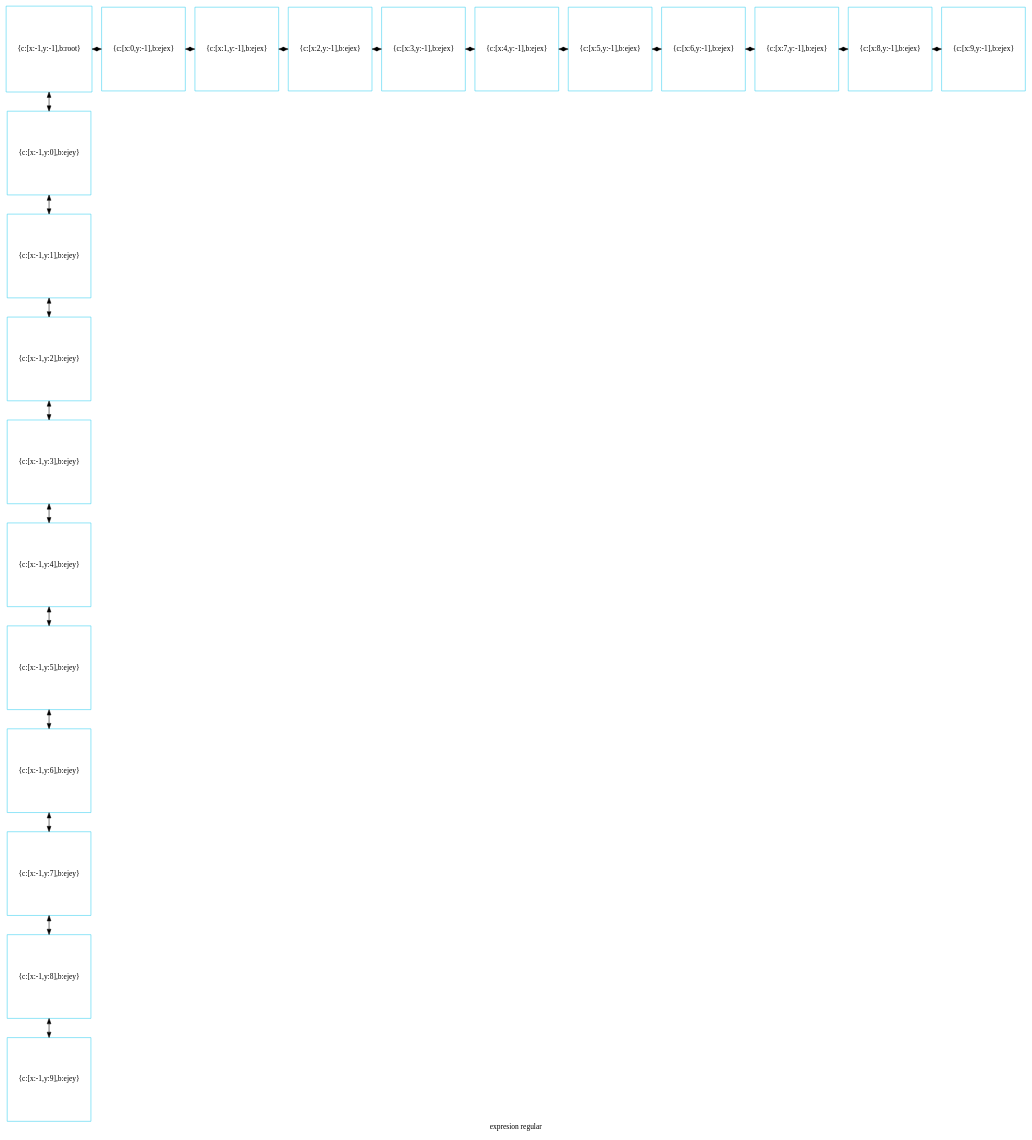
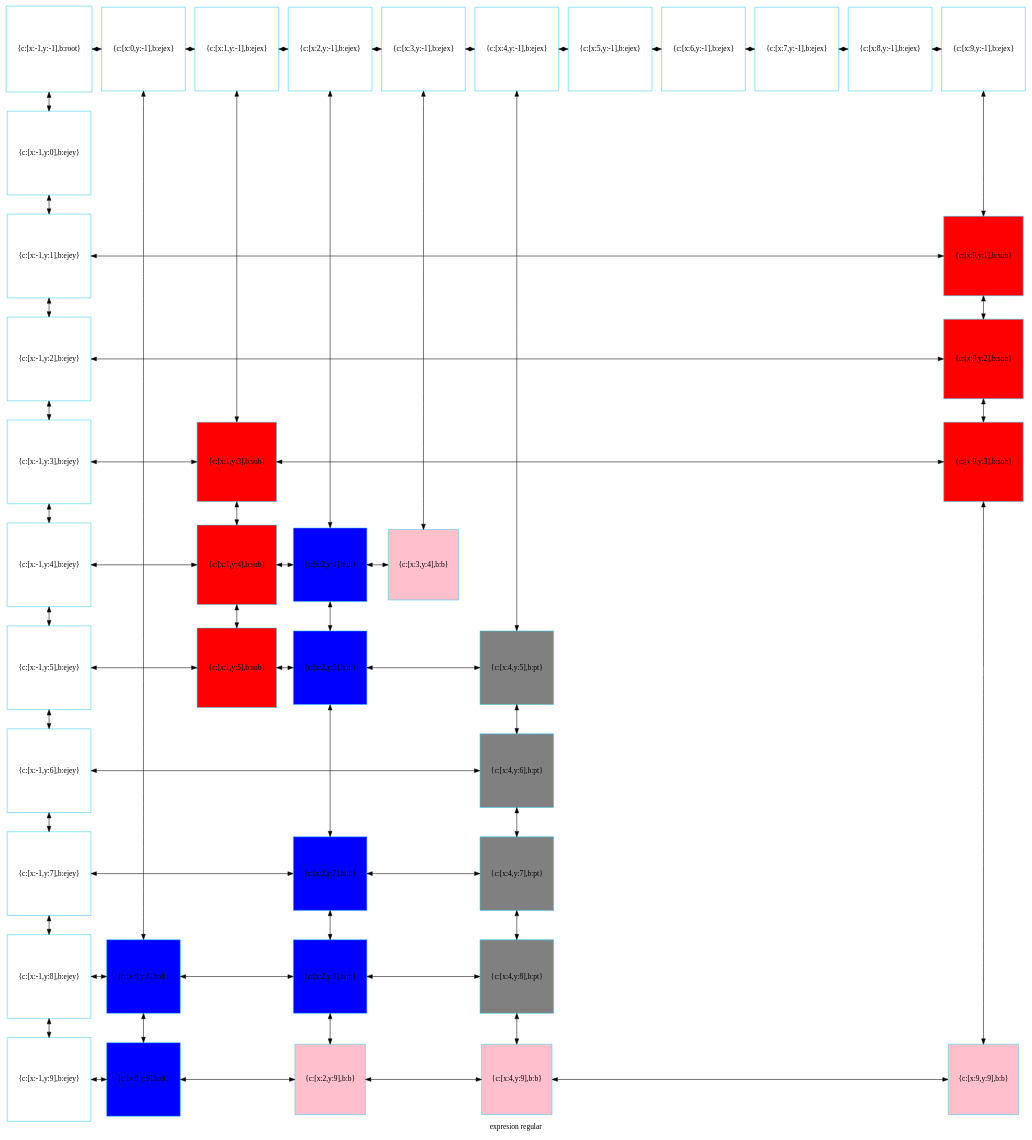
The diagram in mitablero.dot (betebetoven/EDDS2F2), drawn with Graphviz before and after one commit. The commit also changed 27 other files, not shown here.

```diff
--- a/mitablero.dot
+++ b/mitablero.dot
@@ -1,61 +1,121 @@
 digraph G
 {label="expresion regular"
         node[shape = square]
         node[style = filled]
         node[fillcolor = "#EEEEE"]
         node[color = "#EEEEE"]
         node[color = "#31CEF0"]
 
-1654816211536[label="{c:[x:-1,y:-1],b:root}",fillcolor = "white"]
-1654816211680[label="{c:[x:0,y:-1],b:ejex}",fillcolor = "white"]
-1654816211824[label="{c:[x:1,y:-1],b:ejex}",fillcolor = "white"]
-1654816211968[label="{c:[x:2,y:-1],b:ejex}",fillcolor = "white"]
-1654816212112[label="{c:[x:3,y:-1],b:ejex}",fillcolor = "white"]
-1654816212256[label="{c:[x:4,y:-1],b:ejex}",fillcolor = "white"]
-1654816212400[label="{c:[x:5,y:-1],b:ejex}",fillcolor = "white"]
-1654816212544[label="{c:[x:6,y:-1],b:ejex}",fillcolor = "white"]
-1654816212688[label="{c:[x:7,y:-1],b:ejex}",fillcolor = "white"]
-1654816212832[label="{c:[x:8,y:-1],b:ejex}",fillcolor = "white"]
-1654816212976[label="{c:[x:9,y:-1],b:ejex}",fillcolor = "white"]
-1654816213120[label="{c:[x:-1,y:0],b:ejey}",fillcolor = "white"]
-1654816213264[label="{c:[x:-1,y:1],b:ejey}",fillcolor = "white"]
-1654816213408[label="{c:[x:-1,y:2],b:ejey}",fillcolor = "white"]
-1654816213552[label="{c:[x:-1,y:3],b:ejey}",fillcolor = "white"]
-1654816213696[label="{c:[x:-1,y:4],b:ejey}",fillcolor = "white"]
-1654816213840[label="{c:[x:-1,y:5],b:ejey}",fillcolor = "white"]
-1654816213984[label="{c:[x:-1,y:6],b:ejey}",fillcolor = "white"]
-1654816214128[label="{c:[x:-1,y:7],b:ejey}",fillcolor = "white"]
-1654816214272[label="{c:[x:-1,y:8],b:ejey}",fillcolor = "white"]
-1654816214416[label="{c:[x:-1,y:9],b:ejey}",fillcolor = "white"]
-1654816211536->1654816213120[dir = both];
-1654816213120->1654816213264[dir = both];
-1654816213264->1654816213408[dir = both];
-1654816213408->1654816213552[dir = both];
-1654816213552->1654816213696[dir = both];
-1654816213696->1654816213840[dir = both];
-1654816213840->1654816213984[dir = both];
-1654816213984->1654816214128[dir = both];
-1654816214128->1654816214272[dir = both];
-1654816214272->1654816214416[dir = both];
-1654816211536->1654816211680[dir = both];
-1654816211680->1654816211824[dir = both];
-1654816211824->1654816211968[dir = both];
-1654816211968->1654816212112[dir = both];
-1654816212112->1654816212256[dir = both];
-1654816212256->1654816212400[dir = both];
-1654816212400->1654816212544[dir = both];
-1654816212544->1654816212688[dir = both];
-1654816212688->1654816212832[dir = both];
-1654816212832->1654816212976[dir = both];
- {rank=same; 1654816211536;1654816211680;1654816211824;1654816211968;1654816212112;1654816212256;1654816212400;1654816212544;1654816212688;1654816212832;1654816212976;}
- {rank=same; 1654816213120;}
- {rank=same; 1654816213264;}
- {rank=same; 1654816213408;}
- {rank=same; 1654816213552;}
- {rank=same; 1654816213696;}
- {rank=same; 1654816213840;}
- {rank=same; 1654816213984;}
- {rank=same; 1654816214128;}
- {rank=same; 1654816214272;}
- {rank=same; 1654816214416;}
+2268186046672[label="{c:[x:-1,y:-1],b:root}",fillcolor = "white"]
+2268186046816[label="{c:[x:0,y:-1],b:ejex}",fillcolor = "white"]
+2268186046960[label="{c:[x:1,y:-1],b:ejex}",fillcolor = "white"]
+2268186047104[label="{c:[x:2,y:-1],b:ejex}",fillcolor = "white"]
+2268186047248[label="{c:[x:3,y:-1],b:ejex}",fillcolor = "white"]
+2268186047392[label="{c:[x:4,y:-1],b:ejex}",fillcolor = "white"]
+2268186047536[label="{c:[x:5,y:-1],b:ejex}",fillcolor = "white"]
+2268186047680[label="{c:[x:6,y:-1],b:ejex}",fillcolor = "white"]
+2268186047824[label="{c:[x:7,y:-1],b:ejex}",fillcolor = "white"]
+2268186047968[label="{c:[x:8,y:-1],b:ejex}",fillcolor = "white"]
+2268186048112[label="{c:[x:9,y:-1],b:ejex}",fillcolor = "white"]
+2268186048256[label="{c:[x:-1,y:0],b:ejey}",fillcolor = "white"]
+2268186048400[label="{c:[x:-1,y:1],b:ejey}",fillcolor = "white"]
+2268186067632[label="{c:[x:9,y:1],b:sub}",fillcolor = "red"]
+2268186048544[label="{c:[x:-1,y:2],b:ejey}",fillcolor = "white"]
+2268186067968[label="{c:[x:9,y:2],b:sub}",fillcolor = "red"]
+2268186048688[label="{c:[x:-1,y:3],b:ejey}",fillcolor = "white"]
+2268186068640[label="{c:[x:1,y:3],b:sub}",fillcolor = "red"]
+2268186068304[label="{c:[x:9,y:3],b:sub}",fillcolor = "red"]
+2268186048832[label="{c:[x:-1,y:4],b:ejey}",fillcolor = "white"]
+2268186068976[label="{c:[x:1,y:4],b:sub}",fillcolor = "red"]
+2268186070992[label="{c:[x:2,y:4],b:dt}",fillcolor = "blue"]
+2268186071664[label="{c:[x:3,y:4],b:b}",fillcolor = "pink"]
+2268186048976[label="{c:[x:-1,y:5],b:ejey}",fillcolor = "white"]
+2268186069312[label="{c:[x:1,y:5],b:sub}",fillcolor = "red"]
+2268186071328[label="{c:[x:2,y:5],b:dt}",fillcolor = "blue"]
+2268186050080[label="{c:[x:4,y:5],b:pt}",fillcolor = "gray"]
+2268186049120[label="{c:[x:-1,y:6],b:ejey}",fillcolor = "white"]
+2268186050176[label="{c:[x:4,y:6],b:pt}",fillcolor = "gray"]
+2268186049264[label="{c:[x:-1,y:7],b:ejey}",fillcolor = "white"]
+2268186070032[label="{c:[x:2,y:7],b:dt}",fillcolor = "blue"]
+2268186049936[label="{c:[x:4,y:7],b:pt}",fillcolor = "gray"]
+2268186049408[label="{c:[x:-1,y:8],b:ejey}",fillcolor = "white"]
+2268186069936[label="{c:[x:0,y:8],b:dt}",fillcolor = "blue"]
+2268186070656[label="{c:[x:2,y:8],b:dt}",fillcolor = "blue"]
+2268186067296[label="{c:[x:4,y:8],b:pt}",fillcolor = "gray"]
+2268186049552[label="{c:[x:-1,y:9],b:ejey}",fillcolor = "white"]
+2268186069792[label="{c:[x:0,y:9],b:dt}",fillcolor = "blue"]
+2268186072000[label="{c:[x:2,y:9],b:b}",fillcolor = "pink"]
+2268186072672[label="{c:[x:4,y:9],b:b}",fillcolor = "pink"]
+2268186072336[label="{c:[x:9,y:9],b:b}",fillcolor = "pink"]
+2268186046672->2268186048256[dir = both];
+2268186048256->2268186048400[dir = both];
+2268186048400->2268186048544[dir = both];
+2268186048544->2268186048688[dir = both];
+2268186048688->2268186048832[dir = both];
+2268186048832->2268186048976[dir = both];
+2268186048976->2268186049120[dir = both];
+2268186049120->2268186049264[dir = both];
+2268186049264->2268186049408[dir = both];
+2268186049408->2268186049552[dir = both];
+2268186046816->2268186069936[dir = both];
+2268186069936->2268186069792[dir = both];
+2268186046960->2268186068640[dir = both];
+2268186068640->2268186068976[dir = both];
+2268186068976->2268186069312[dir = both];
+2268186047104->2268186070992[dir = both];
+2268186070992->2268186071328[dir = both];
+2268186071328->2268186070032[dir = both];
+2268186070032->2268186070656[dir = both];
+2268186070656->2268186072000[dir = both];
+2268186047248->2268186071664[dir = both];
+2268186047392->2268186050080[dir = both];
+2268186050080->2268186050176[dir = both];
+2268186050176->2268186049936[dir = both];
+2268186049936->2268186067296[dir = both];
+2268186067296->2268186072672[dir = both];
+2268186048112->2268186067632[dir = both];
+2268186067632->2268186067968[dir = both];
+2268186067968->2268186068304[dir = both];
+2268186068304->2268186072336[dir = both];
+2268186046672->2268186046816[dir = both];
+2268186046816->2268186046960[dir = both];
+2268186046960->2268186047104[dir = both];
+2268186047104->2268186047248[dir = both];
+2268186047248->2268186047392[dir = both];
+2268186047392->2268186047536[dir = both];
+2268186047536->2268186047680[dir = both];
+2268186047680->2268186047824[dir = both];
+2268186047824->2268186047968[dir = both];
+2268186047968->2268186048112[dir = both];
+2268186048400->2268186067632[constraint=false,dir = both];
+2268186048544->2268186067968[constraint=false,dir = both];
+2268186048688->2268186068640[constraint=false,dir = both];
+2268186068640->2268186068304[constraint=false,dir = both];
+2268186048832->2268186068976[constraint=false,dir = both];
+2268186068976->2268186070992[constraint=false,dir = both];
+2268186070992->2268186071664[constraint=false,dir = both];
+2268186048976->2268186069312[constraint=false,dir = both];
+2268186069312->2268186071328[constraint=false,dir = both];
+2268186071328->2268186050080[constraint=false,dir = both];
+2268186049120->2268186050176[constraint=false,dir = both];
+2268186049264->2268186070032[constraint=false,dir = both];
+2268186070032->2268186049936[constraint=false,dir = both];
+2268186049408->2268186069936[constraint=false,dir = both];
+2268186069936->2268186070656[constraint=false,dir = both];
+2268186070656->2268186067296[constraint=false,dir = both];
+2268186049552->2268186069792[constraint=false,dir = both];
+2268186069792->2268186072000[constraint=false,dir = both];
+2268186072000->2268186072672[constraint=false,dir = both];
+2268186072672->2268186072336[constraint=false,dir = both];
+ {rank=same; 2268186046672;2268186046816;2268186046960;2268186047104;2268186047248;2268186047392;2268186047536;2268186047680;2268186047824;2268186047968;2268186048112;}
+ {rank=same; 2268186048256;}
+ {rank=same; 2268186048400;2268186067632;}
+ {rank=same; 2268186048544;2268186067968;}
+ {rank=same; 2268186048688;2268186068640;2268186068304;}
+ {rank=same; 2268186048832;2268186068976;2268186070992;2268186071664;}
+ {rank=same; 2268186048976;2268186069312;2268186071328;2268186050080;}
+ {rank=same; 2268186049120;2268186050176;}
+ {rank=same; 2268186049264;2268186070032;2268186049936;}
+ {rank=same; 2268186049408;2268186069936;2268186070656;2268186067296;}
+ {rank=same; 2268186049552;2268186069792;2268186072000;2268186072672;2268186072336;}
 }
```
